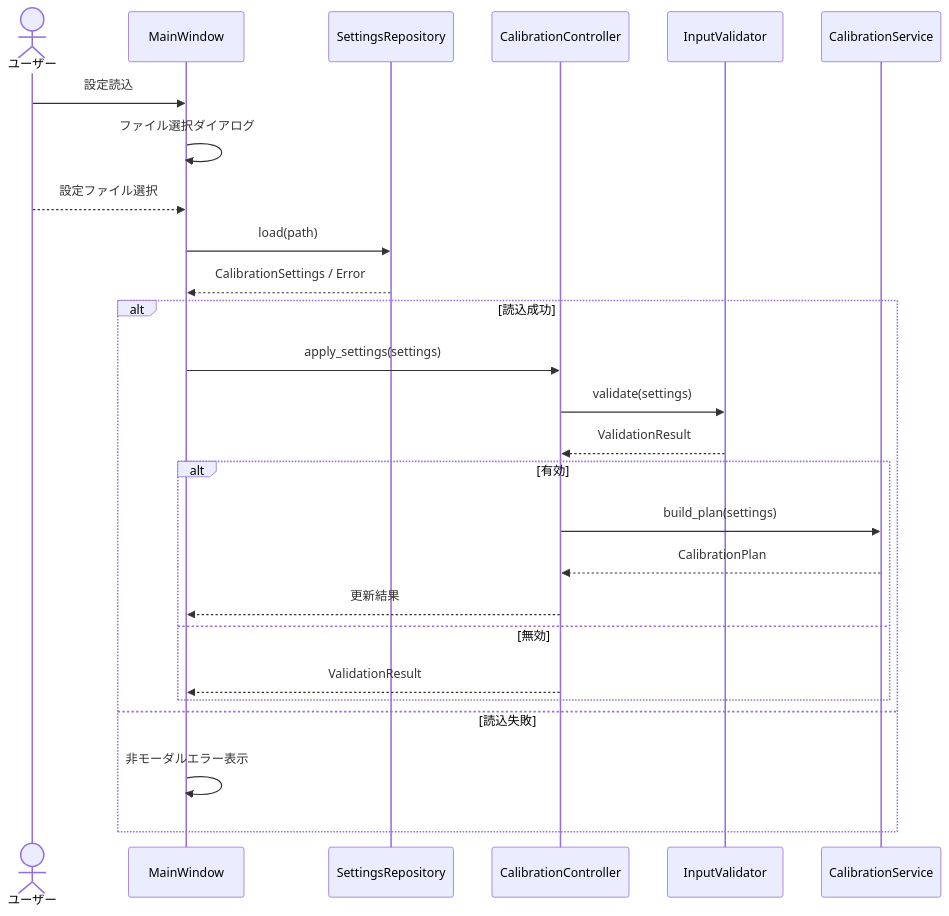
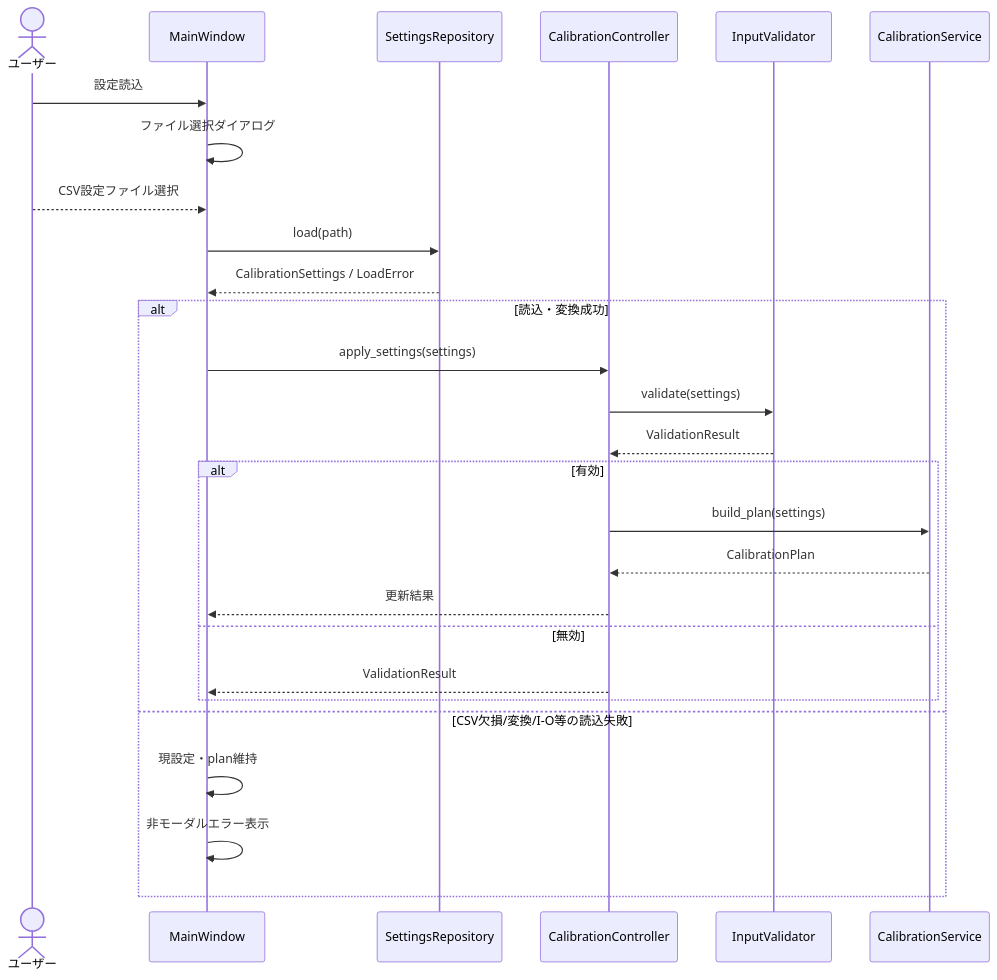
One commit to Pakfat50/FiveHolePitotTubeCalibration changed the fifth of 12 diagrams in docs/architecture_design.md. Above: the diagram before and after it, drawn with Mermaid. The commit also changed other lines of this file, not shown here.

Commit message:
docs: align architecture with CSV settings handling

````diff
--- a/docs/architecture_design.md
+++ b/docs/architecture_design.md
@@ -146,28 +146,29 @@
 ```mermaid
 sequenceDiagram
     actor User as ユーザー
     participant MainWindow
     participant SettingsRepo as SettingsRepository
     participant Controller as CalibrationController
     participant Validator as InputValidator
     participant Service as CalibrationService
     User->>MainWindow: 設定読込
     MainWindow->>MainWindow: ファイル選択ダイアログ
-    User-->>MainWindow: 設定ファイル選択
+    User-->>MainWindow: CSV設定ファイル選択
     MainWindow->>SettingsRepo: load(path)
-    SettingsRepo-->>MainWindow: CalibrationSettings / Error
-    alt 読込成功
+    SettingsRepo-->>MainWindow: CalibrationSettings / LoadError
+    alt 読込・変換成功
         MainWindow->>Controller: apply_settings(settings)
         Controller->>Validator: validate(settings)
         Validator-->>Controller: ValidationResult
         alt 有効
             Controller->>Service: build_plan(settings)
             Service-->>Controller: CalibrationPlan
             Controller-->>MainWindow: 更新結果
         else 無効
             Controller-->>MainWindow: ValidationResult
         end
-    else 読込失敗
+    else CSV欠損/変換/I-O等の読込失敗
+        MainWindow->>MainWindow: 現設定・plan維持
         MainWindow->>MainWindow: 非モーダルエラー表示
     end
 ```
````
